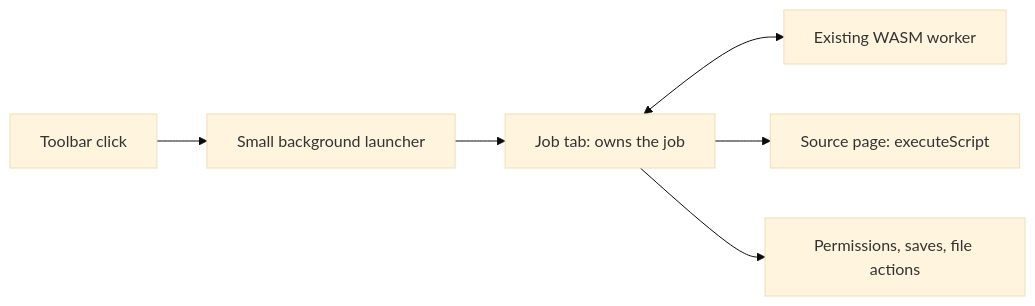
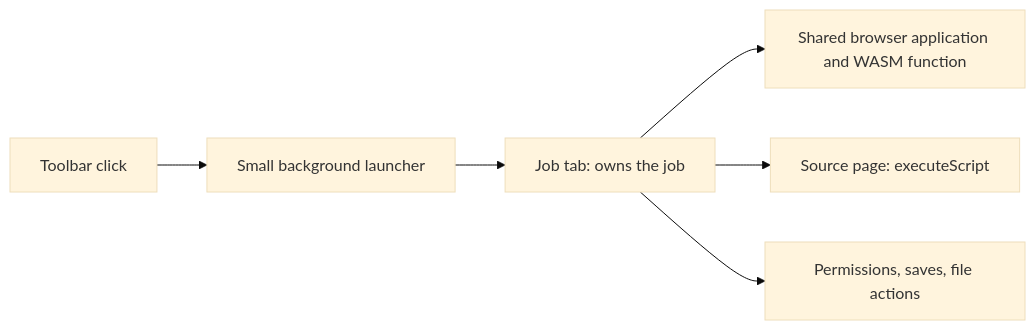
Before and after one commit to lovasoa/dezoomify: the diagram in docs/extension.md, drawn with Mermaid (base theme). The commit also changed other lines of this file and 304 other files, not shown here.

Commit message:
Replace orchestration with a shared async Host function

````diff
--- a/docs/extension.md
+++ b/docs/extension.md
@@ -5,8 +5,8 @@
 ```mermaid
 flowchart LR
     T[Toolbar click] --> B[Small background launcher]
     B --> J[Job tab: owns the job]
-    J <--> W[Existing WASM worker]
+    J --> W[Shared browser application and WASM function]
     J --> S[Source page: executeScript]
     J --> A[Permissions, saves, file actions]
 ```
````
